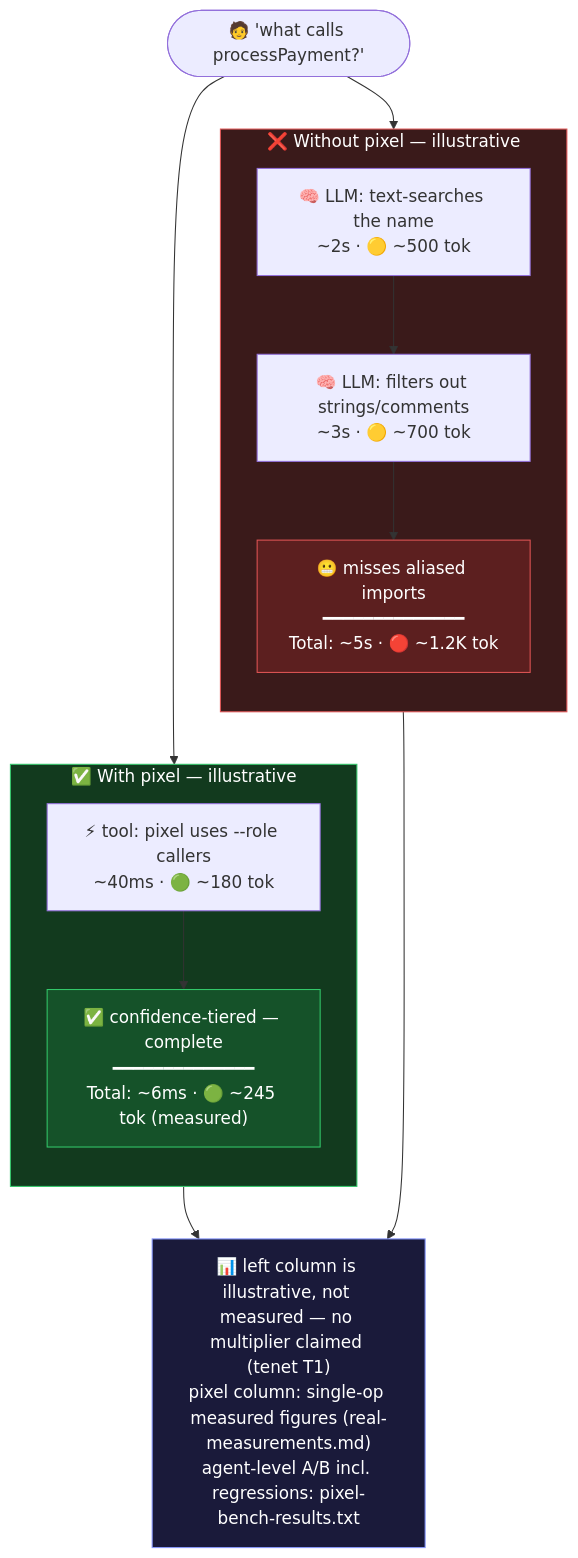
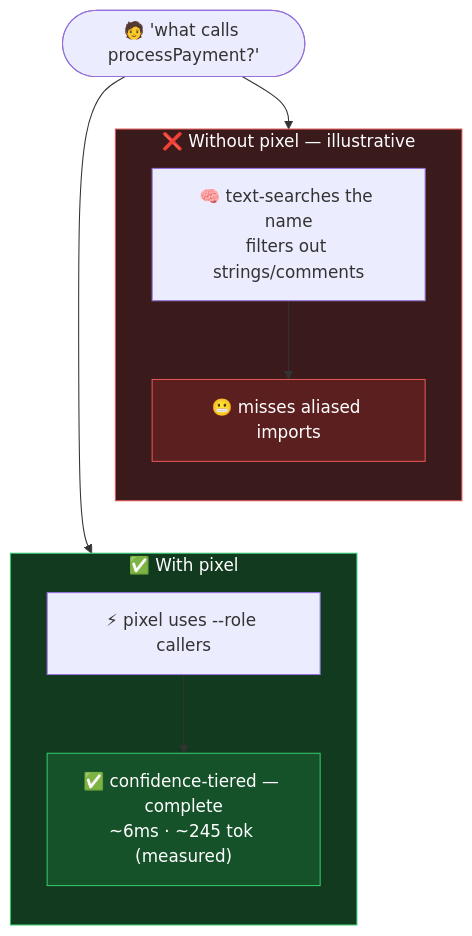
Before and after one commit to Pixel-CLI/pixel: the diagram in docs/examples/07-uses-callers.mmd, drawn with Mermaid. The commit also changed 21 other files, not shown here.

Commit message:
docs: condense README, add origin story, refresh diagrams

```diff
--- a/docs/examples/07-uses-callers.mmd
+++ b/docs/examples/07-uses-callers.mmd
@@ -1,29 +1,21 @@
 flowchart TD
     Ask(["🧑 'what calls processPayment?'"])
     Ask --> w1
     Ask --> p1
     w1 ~~~ p1
 
     subgraph W ["❌ Without pixel — illustrative"]
         direction TB
-        w1["🧠 LLM: text-searches the name<br/>~2s · 🟡 ~500 tok"] --> w2
-        w2["🧠 LLM: filters out strings/comments<br/>~3s · 🟡 ~700 tok"]
-        w2 --> w5["😬 misses aliased imports<br/>━━━━━━━━━━━━━━<br/>Total: ~5s · 🔴 ~1.2K tok"]
+        w1["🧠 text-searches the name<br/>filters out strings/comments"] --> w5["😬 misses aliased imports"]
     end
 
-    subgraph P ["✅ With pixel — illustrative"]
+    subgraph P ["✅ With pixel"]
         direction TB
-        p1["⚡ tool: pixel uses --role callers<br/>~40ms · 🟢 ~180 tok"]
-        p1 --> p3["✅ confidence-tiered — complete<br/>━━━━━━━━━━━━━━<br/>Total: ~6ms · 🟢 ~245 tok (measured)"]
+        p1["⚡ pixel uses --role callers"] --> p3["✅ confidence-tiered — complete<br/>~6ms · ~245 tok (measured)"]
     end
-
-    w5 --> Recap
-    p3 --> Recap
-    Recap["📊 left column is illustrative, not measured — no multiplier claimed (tenet T1)<br/>pixel column: single-op measured figures (real-measurements.md)<br/>agent-level A/B incl. regressions: pixel-bench-results.txt"]
 
     style W fill:#3a1a1a,stroke:#e05555,color:#fff
     style P fill:#123a1e,stroke:#33c76a,color:#fff
     style w5 fill:#5c1f1f,stroke:#e05555,color:#fff
     style p3 fill:#155229,stroke:#33c76a,color:#fff
-    style Recap fill:#1a1a3a,stroke:#8899ff,color:#fff
     linkStyle 2 stroke-width:0px
```
